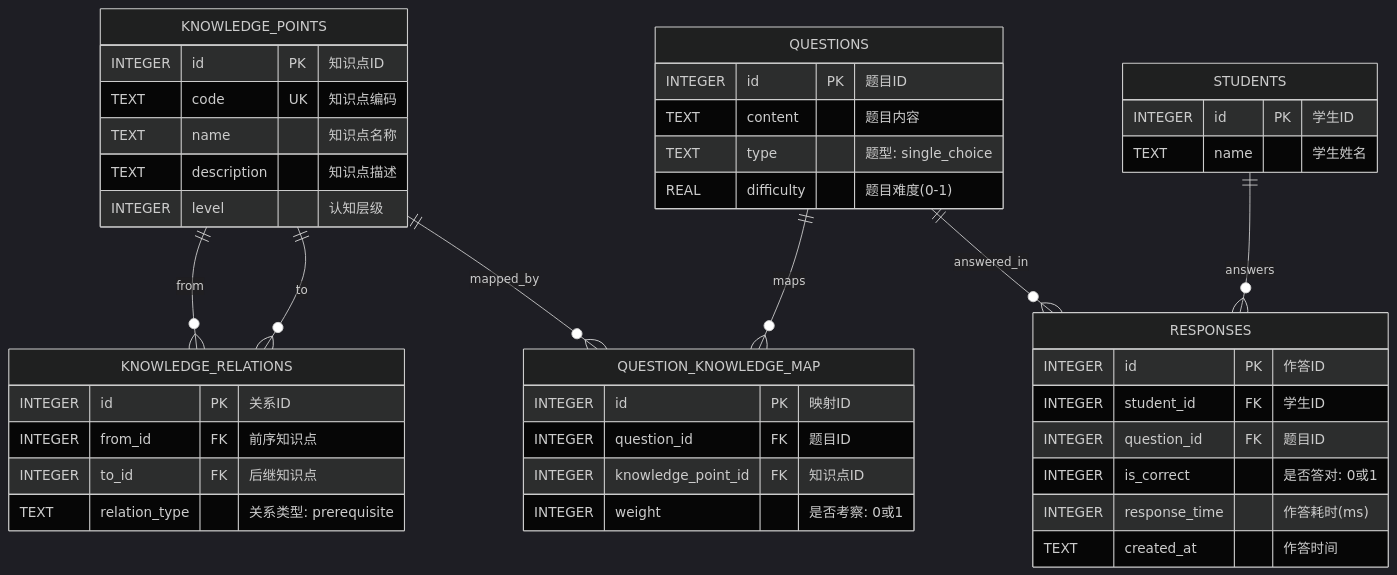
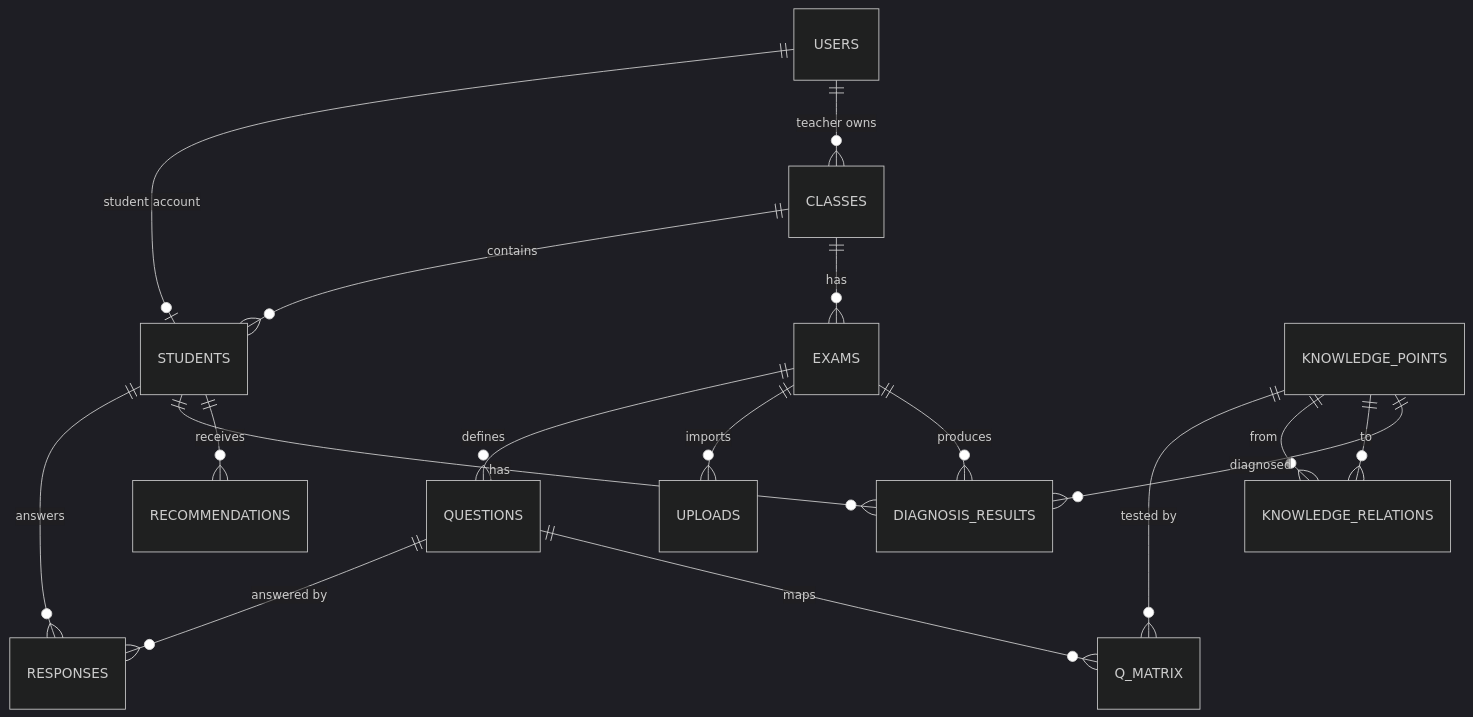
Before and after one commit to kema0669/project: the diagram in docs/schema.md, drawn with Mermaid (dark theme). The commit also changed other lines of this file and 34 other files, not shown here.

````diff
--- a/docs/schema.md
+++ b/docs/schema.md
@@ -16,52 +38,19 @@
 ```mermaid
 erDiagram
-    KNOWLEDGE_POINTS {
-        INTEGER id PK "知识点ID"
-        TEXT code UK "知识点编码"
-        TEXT name "知识点名称"
-        TEXT description "知识点描述"
-        INTEGER level "认知层级"
-    }
-
-    KNOWLEDGE_RELATIONS {
-        INTEGER id PK "关系ID"
-        INTEGER from_id FK "前序知识点"
-        INTEGER to_id FK "后继知识点"
-        TEXT relation_type "关系类型: prerequisite"
-    }
-
-    QUESTIONS {
-        INTEGER id PK "题目ID"
-        TEXT content "题目内容"
-        TEXT type "题型: single_choice"
-        REAL difficulty "题目难度(0-1)"
-    }
-
-    QUESTION_KNOWLEDGE_MAP {
-        INTEGER id PK "映射ID"
-        INTEGER question_id FK "题目ID"
-        INTEGER knowledge_point_id FK "知识点ID"
-        INTEGER weight "是否考察: 0或1"
-    }
-
-    STUDENTS {
-        INTEGER id PK "学生ID"
-        TEXT name "学生姓名"
-    }
-
-    RESPONSES {
-        INTEGER id PK "作答ID"
-        INTEGER student_id FK "学生ID"
-        INTEGER question_id FK "题目ID"
-        INTEGER is_correct "是否答对: 0或1"
-        INTEGER response_time "作答耗时(ms)"
-        TEXT created_at "作答时间"
-    }
-
+    USERS ||--o| STUDENTS : "student account"
+    USERS ||--o{ CLASSES : "teacher owns"
+    CLASSES ||--o{ STUDENTS : "contains"
+    CLASSES ||--o{ EXAMS : "has"
+    EXAMS ||--o{ QUESTIONS : "defines"
+    EXAMS ||--o{ UPLOADS : "imports"
+    STUDENTS ||--o{ RESPONSES : "answers"
+    QUESTIONS ||--o{ RESPONSES : "answered by"
+    QUESTIONS ||--o{ Q_MATRIX : "maps"
+    KNOWLEDGE_POINTS ||--o{ Q_MATRIX : "tested by"
     KNOWLEDGE_POINTS ||--o{ KNOWLEDGE_RELATIONS : "from"
     KNOWLEDGE_POINTS ||--o{ KNOWLEDGE_RELATIONS : "to"
-    QUESTIONS ||--o{ QUESTION_KNOWLEDGE_MAP : "maps"
-    KNOWLEDGE_POINTS ||--o{ QUESTION_KNOWLEDGE_MAP : "mapped_by"
-    STUDENTS ||--o{ RESPONSES : "answers"
-    QUESTIONS ||--o{ RESPONSES : "answered_in"
+    STUDENTS ||--o{ DIAGNOSIS_RESULTS : "has"
+    KNOWLEDGE_POINTS ||--o{ DIAGNOSIS_RESULTS : "diagnosed"
+    STUDENTS ||--o{ RECOMMENDATIONS : "receives"
+    EXAMS ||--o{ DIAGNOSIS_RESULTS : "produces"
 ```
````
